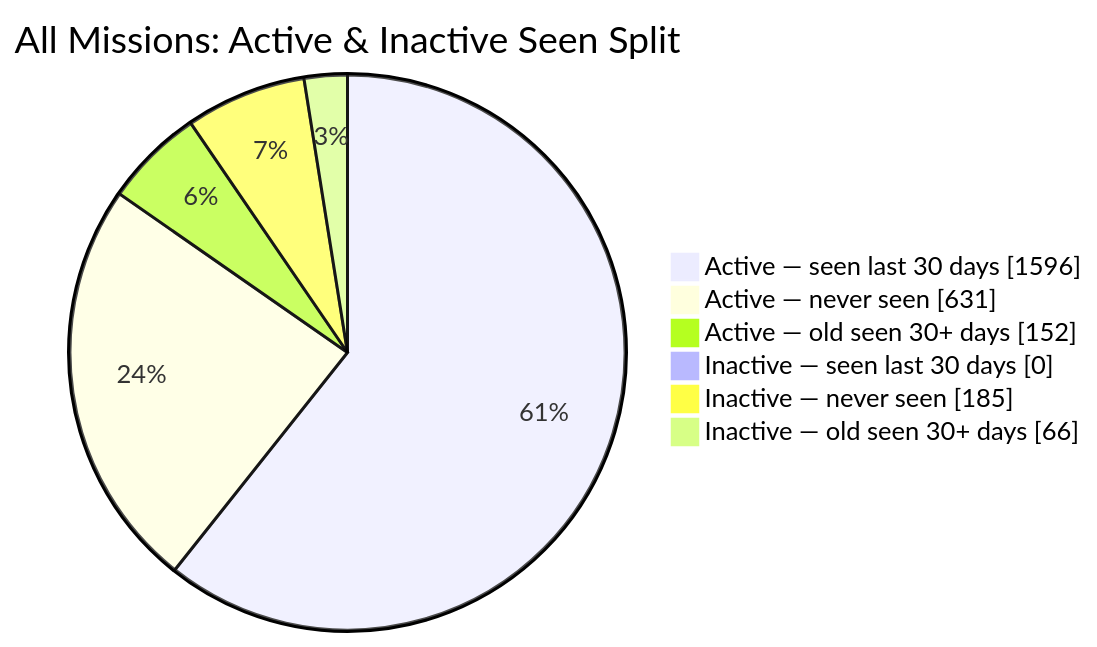
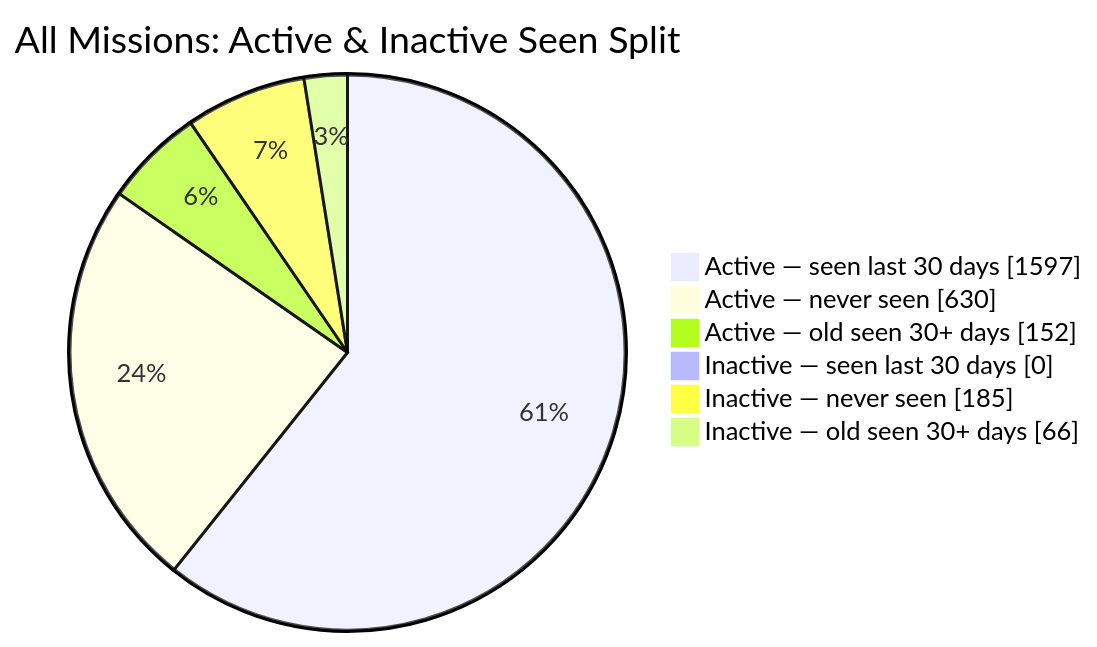
Before and after one commit to MeldkamerspelGameTeam/active-missions: the second of 2 diagrams in README.md, drawn with Mermaid. The commit also changed other lines of this file and 2 other files, not shown here.

````diff
--- a/README.md
+++ b/README.md
@@ -44,10 +44,10 @@
 ```mermaid
 pie showData
     title All Missions: Active & Inactive Seen Split
-    "Active — seen last 30 days" : 1596
-    "Active — never seen" : 631
+    "Active — seen last 30 days" : 1597
+    "Active — never seen" : 630
     "Active — old seen 30+ days" : 152
     "Inactive — seen last 30 days" : 0
     "Inactive — never seen" : 185
     "Inactive — old seen 30+ days" : 66
 ```
````
